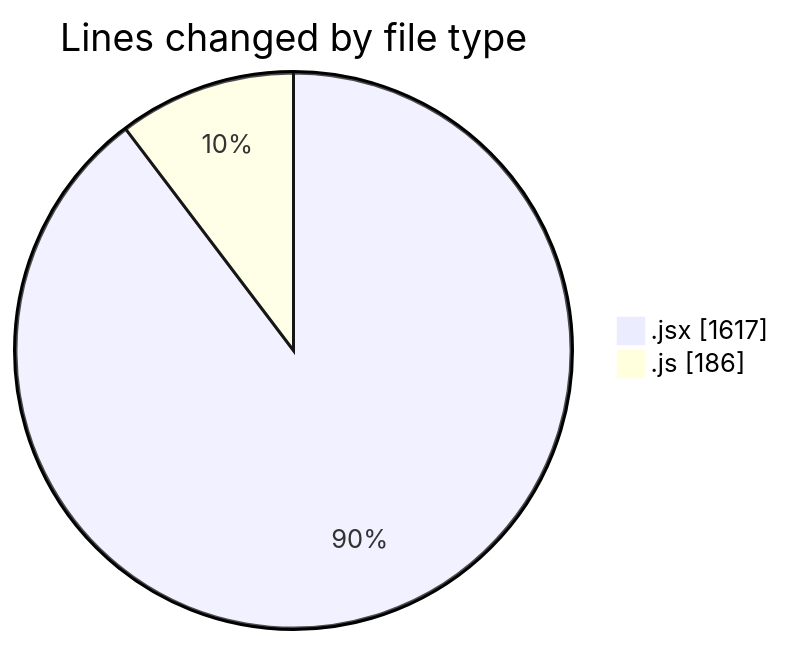
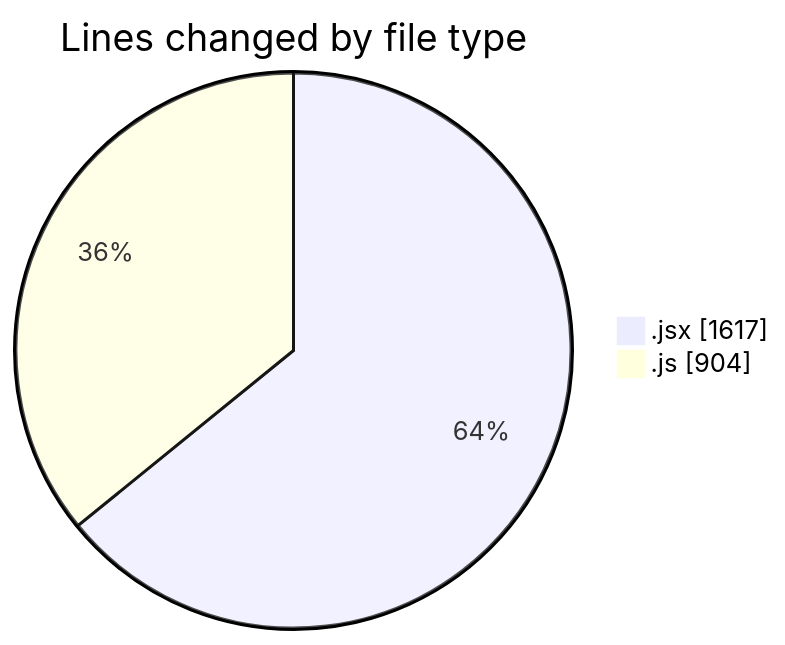
One commit to nxtqubesakshisongat/code-tracking changed the first of 2 diagrams in 2025-06-04/nxtqube_webapp/README.md. Above: the diagram before and after it, drawn with Mermaid. The commit also changed other lines of this file and 1 other file, not shown here.

````diff
--- a/2025-06-04/nxtqube_webapp/README.md
+++ b/2025-06-04/nxtqube_webapp/README.md
@@ -22,6 +23,6 @@
 ```mermaid
 pie showData
 title Lines changed by file type
 ".jsx" : 1617
-".js" : 186
+".js" : 904
 ```
````
